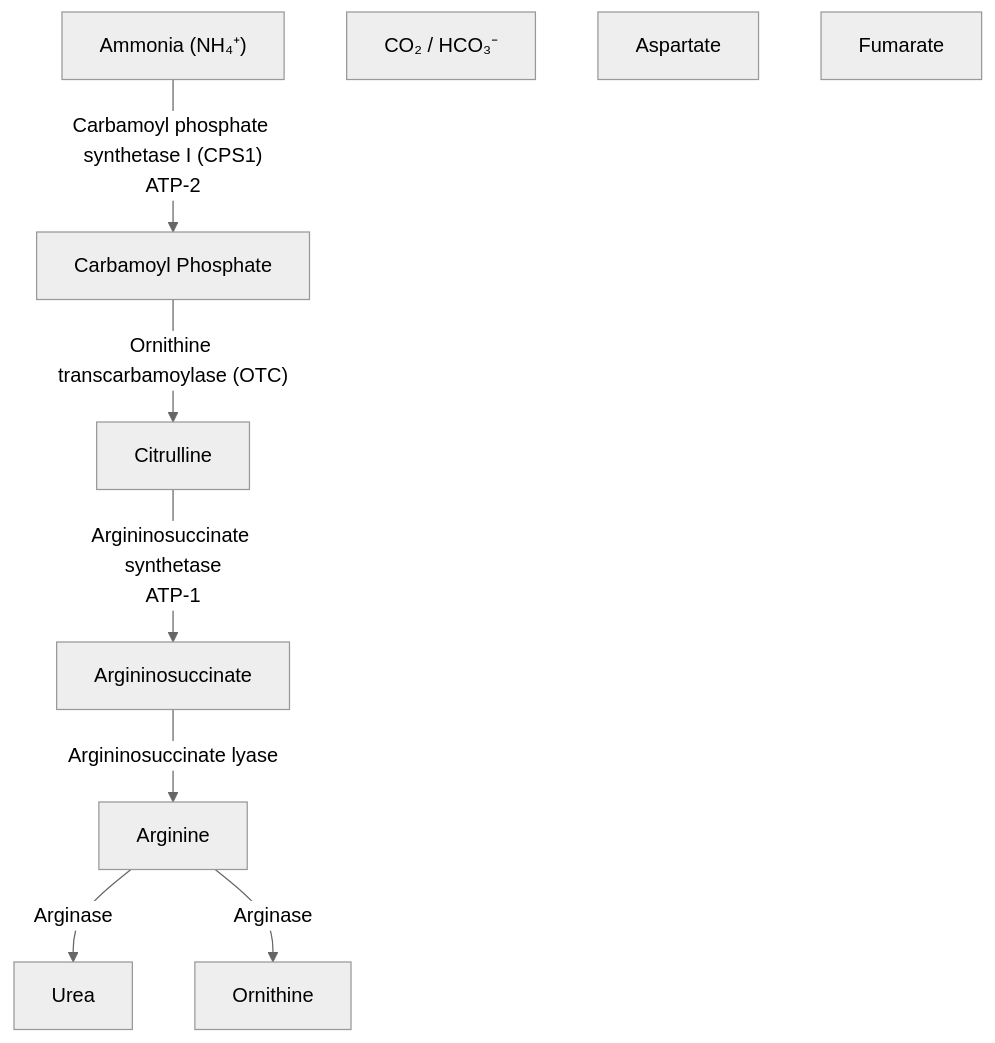
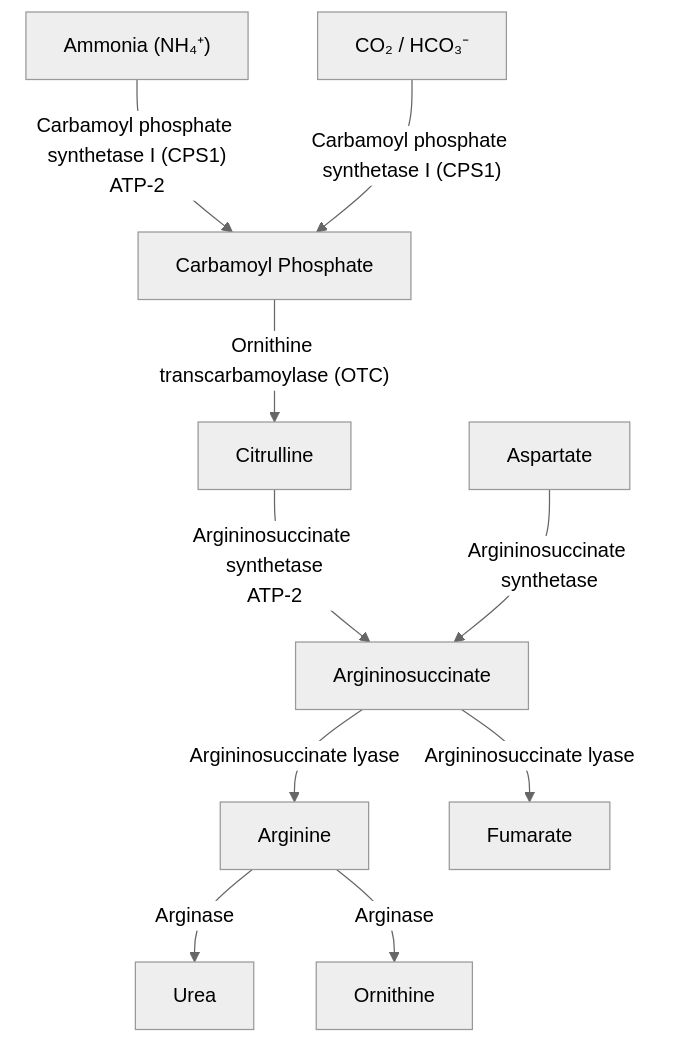
The diagram in src/biology_as_code/pathways/packs/urea_cycle/pathway.mermaid (murffious/biology_as_code), drawn with Mermaid (neutral theme) before and after one commit. The commit also changed 4 other files, not shown here.

Commit message:
feat: expand urea cycle pathway graph with detailed reaction steps and add documentation figure.

```diff
--- a/src/biology_as_code/pathways/packs/urea_cycle/pathway.mermaid
+++ b/src/biology_as_code/pathways/packs/urea_cycle/pathway.mermaid
@@ -1,19 +1,22 @@
 flowchart TD
   %% Auto-generated from registry pathway: urea_cycle
   %% Do not hand-edit; re-run scripts/export_pathway_packs.py
   nh4["Ammonia (NH₄⁺)"]
   co2["CO₂ / HCO₃⁻"]
   carbamoyl_phosphate["Carbamoyl Phosphate"]
   ornithine["Ornithine"]
   citrulline["Citrulline"]
   aspartate["Aspartate"]
   argininosuccinate["Argininosuccinate"]
   arginine["Arginine"]
   fumarate["Fumarate"]
   urea["Urea"]
   nh4 -->|"Carbamoyl phosphate synthetase I (CPS1)<br/>ATP-2"| carbamoyl_phosphate
+  co2 -->|"Carbamoyl phosphate synthetase I (CPS1)"| carbamoyl_phosphate
   carbamoyl_phosphate -->|"Ornithine transcarbamoylase (OTC)"| citrulline
-  citrulline -->|"Argininosuccinate synthetase<br/>ATP-1"| argininosuccinate
+  citrulline -->|"Argininosuccinate synthetase<br/>ATP-2"| argininosuccinate
+  aspartate -->|"Argininosuccinate synthetase"| argininosuccinate
   argininosuccinate -->|"Argininosuccinate lyase"| arginine
+  argininosuccinate -->|"Argininosuccinate lyase"| fumarate
   arginine -->|"Arginase"| urea
   arginine -->|"Arginase"| ornithine
```
